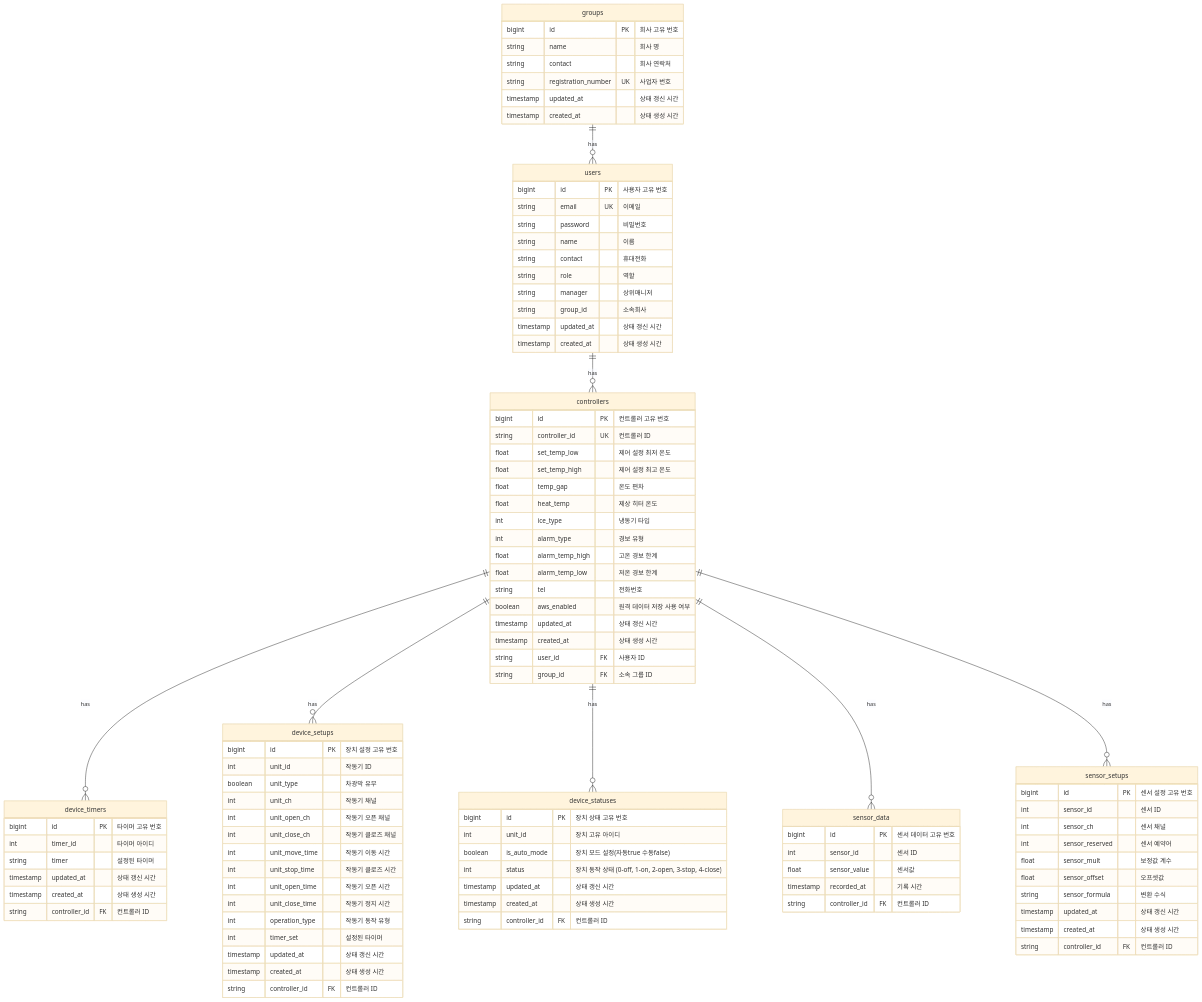
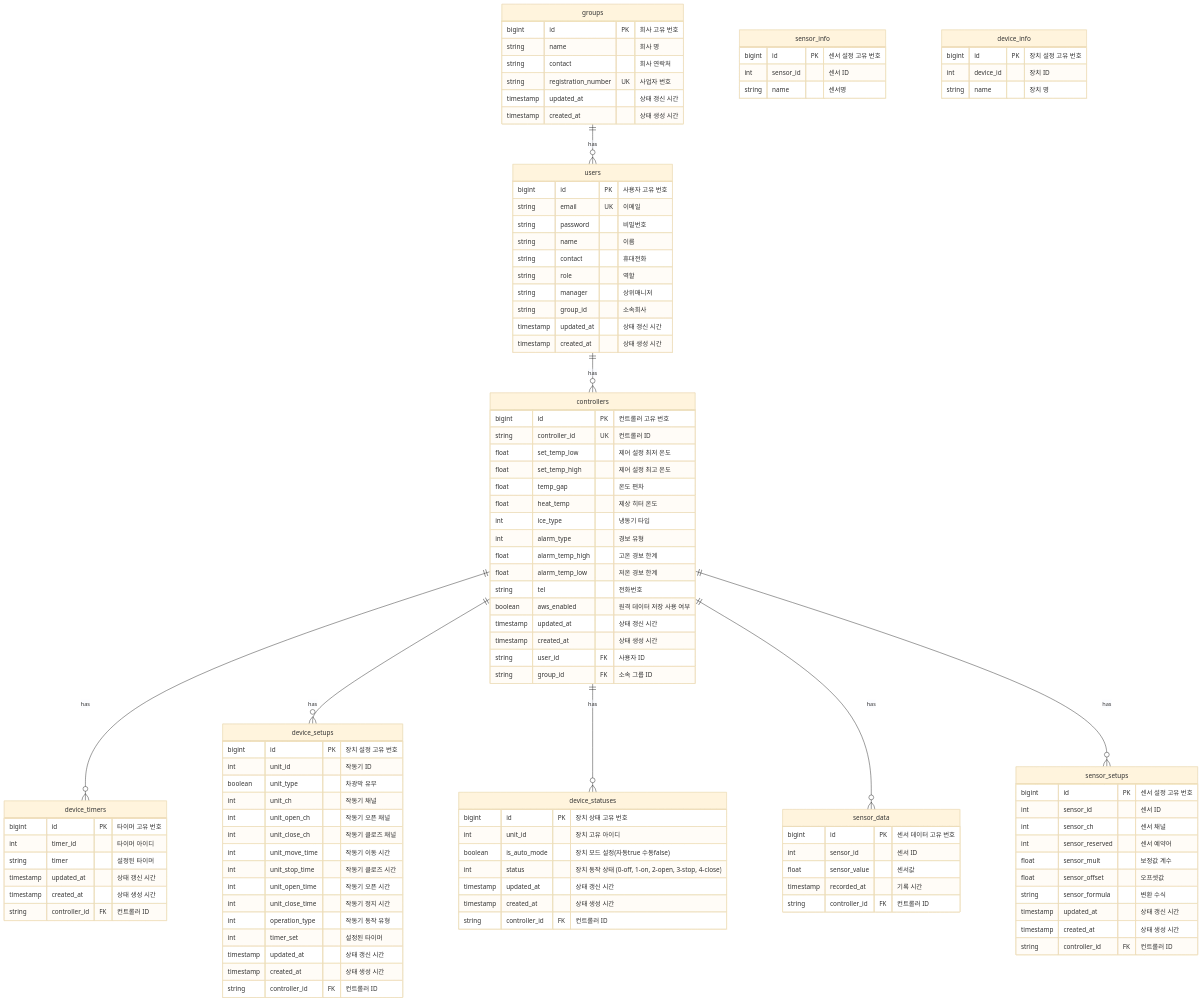
Before and after one commit to na03266/smart_farm_back: the diagram in src/main/docs/database_design.md, drawn with Mermaid (base theme). The commit also changed 3 other files, not shown here.

````diff
--- a/src/main/docs/database_design.md
+++ b/src/main/docs/database_design.md
@@ -91,6 +91,8 @@
         string controller_id FK "컨트롤러 ID"
     }
 
+
+    
     sensor_data {
         bigint id PK "센서 데이터 고유 번호"
         int sensor_id "센서 ID"
@@ -108,4 +110,16 @@
         timestamp created_at "상태 생성 시간"
         string controller_id FK "컨트롤러 ID"
     }
+    
+    sensor_info{
+        bigint id PK "센서 설정 고유 번호"
+        int sensor_id "센서 ID"
+        string name "센서명"
+    }
+    
+    device_info{
+        bigint id PK "장치 설정 고유 번호"
+        int device_id "장치 ID"
+        string name "장치 명"
+    }
 ```
````
